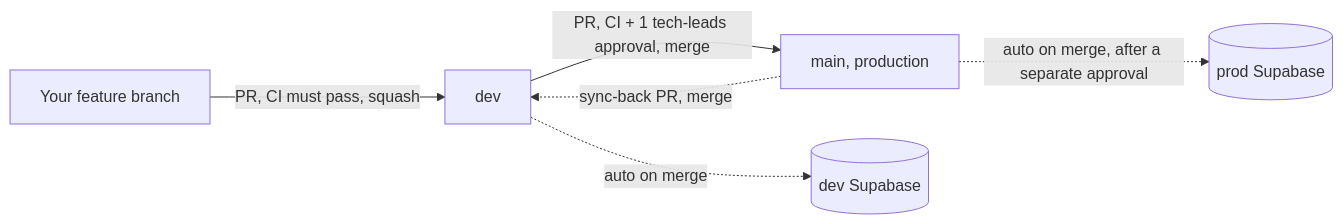
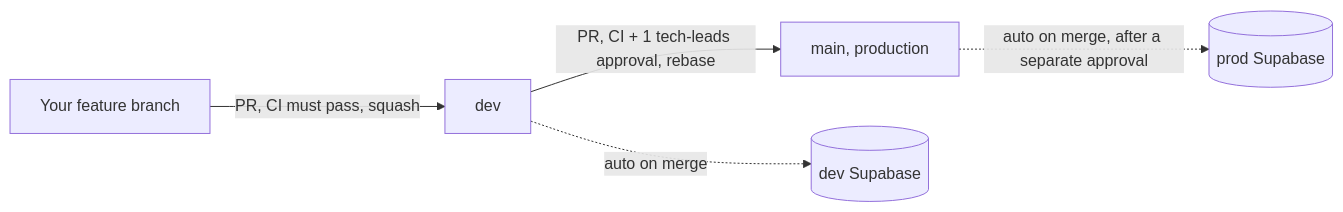
Before and after one commit to inspirecolumbia/ic-website: the diagram in CONTRIBUTING.md, drawn with Mermaid. The commit also changed other lines of this file, not shown here.

Commit message:
Document rebase-only main promotions, no routine sync-back step needed

````diff
--- a/CONTRIBUTING.md
+++ b/CONTRIBUTING.md
@@ -39,8 +39,7 @@
 ```mermaid
 flowchart LR
     A[Your feature branch] -->|PR, CI must pass, squash| B[dev]
-    B -->|PR, CI + 1 tech-leads approval, merge| C[main, production]
-    C -.->|sync-back PR, merge| B
+    B -->|PR, CI + 1 tech-leads approval, rebase| C[main, production]
     B -.->|auto on merge| D[(dev Supabase)]
     C -.->|auto on merge, after a separate approval| E[(prod Supabase)]
 ```
````
